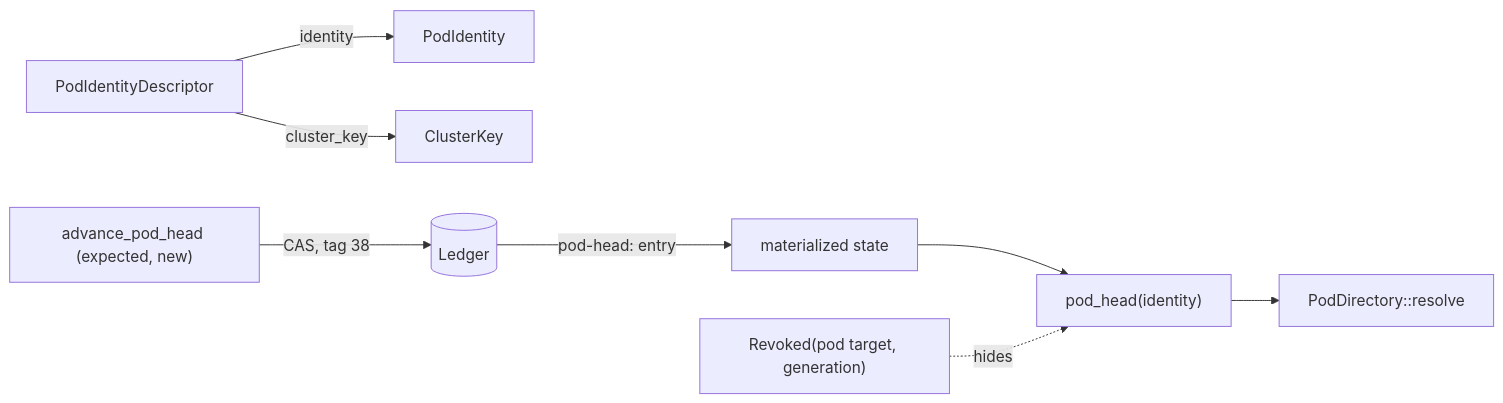
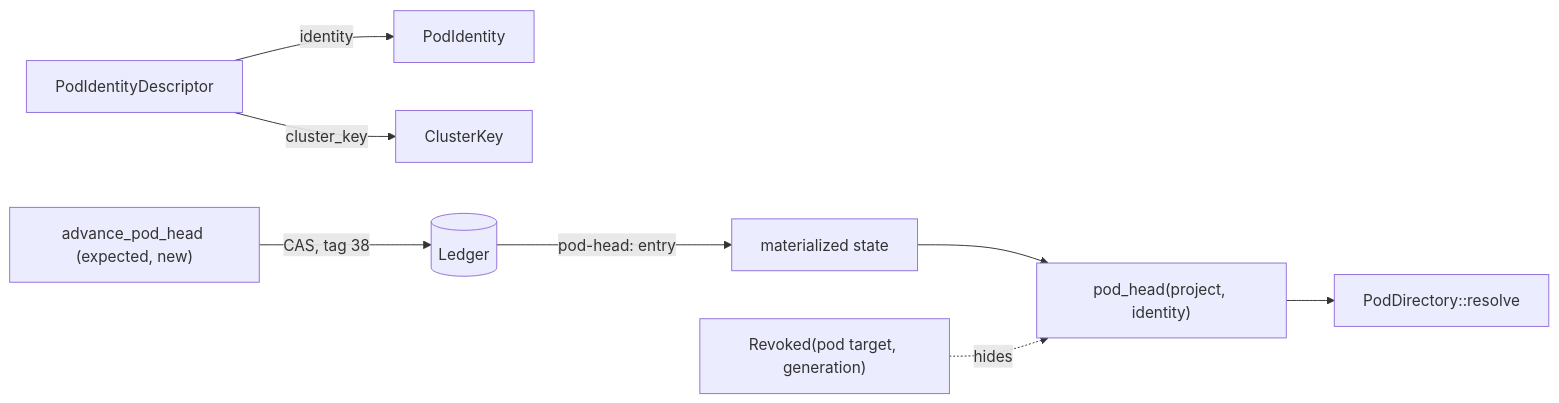
One commit to xrey167/PTR changed the diagram in docs/architecture/43-pod-linking.md. Above: the diagram before and after it, drawn with Mermaid. The commit also changed other lines of this file and 37 other files, not shown here.

````diff
--- a/docs/architecture/43-pod-linking.md
+++ b/docs/architecture/43-pod-linking.md
@@ -65,10 +65,10 @@
 ```mermaid
 flowchart LR
     D["PodIdentityDescriptor"] -->|identity| I["PodIdentity"]
     D -->|cluster_key| C["ClusterKey"]
     W["advance_pod_head (expected, new)"] -->|CAS, tag 38| L[("Ledger")]
     L -->|pod-head: entry| S["materialized state"]
-    S --> H["pod_head(identity)"]
+    S --> H["pod_head(project, identity)"]
     H --> R["PodDirectory::resolve"]
     V["Revoked(pod target, generation)"] -.hides.-> H
 ```
````
